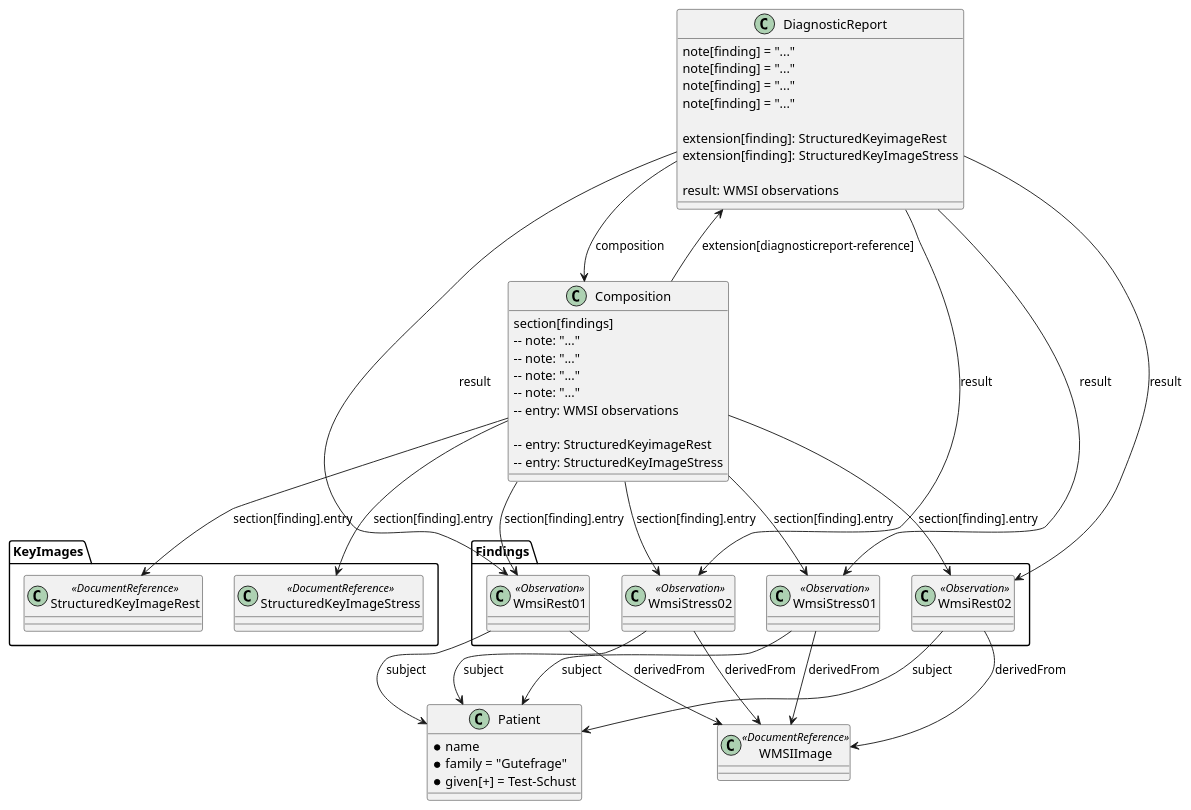
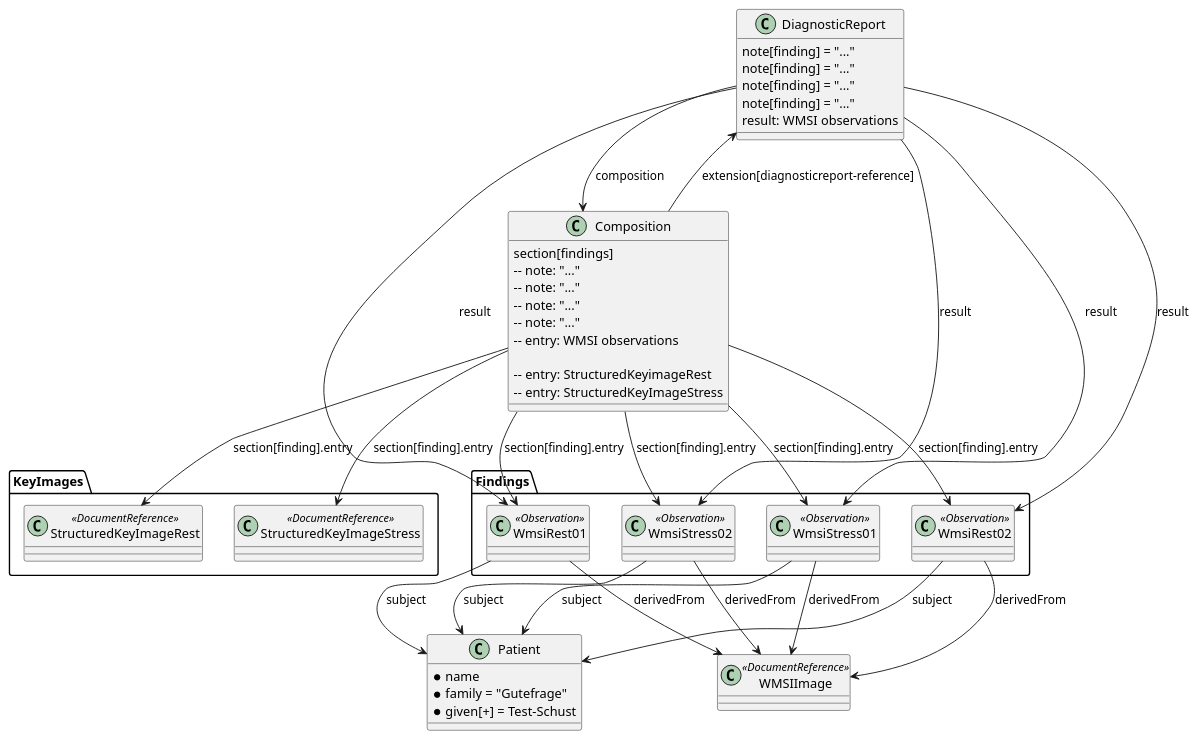
One commit to hl7-eu/imaging-r5 changed the diagram in input/images-source/example-structured-findings.plantuml. Above: the diagram before and after it, drawn with PlantUML. The commit also changed 19 other files, not shown here.

First line of the commit message:
FHIR-59225: Remove DiagnosticReport finding extension

```diff
--- a/input/images-source/example-structured-findings.plantuml
+++ b/input/images-source/example-structured-findings.plantuml
@@ -1,77 +1,73 @@
 @startuml
 
     package Findings {
         class WmsiRest01 <<Observation>> [[./Observation-RestWmsi01.html]]
         class WmsiRest02 <<Observation>> [[./Observation-RestWmsi02.html]]
         class WmsiStress01 <<Observation>> [[./Observation-StressWmsi01.html]]
         class WmsiStress02 <<Observation>> [[./Observation-StressWmsi02.html]]
     }
     package KeyImages {
 
         class StructuredKeyImageRest <<DocumentReference>> [[./DocumentReference-StructuredKeyImageRest.html]]
         class StructuredKeyImageStress <<DocumentReference>> [[./DocumentReference-StructuredKeyImageStress.html]]
 
     }
  
     WmsiRest01 --> Patient: subject
     WmsiRest01 --> WMSIImage: derivedFrom
     WmsiStress01 --> Patient: subject
     WmsiStress01 --> WMSIImage: derivedFrom
     WmsiRest02 --> Patient: subject
     WmsiRest02 --> WMSIImage: derivedFrom
     WmsiStress02 --> Patient: subject
     WmsiStress02 --> WMSIImage: derivedFrom
 
 
     class WMSIImage <<DocumentReference>>
 
 
     DiagnosticReport --> Composition: composition
     DiagnosticReport --> WmsiRest01: result
     DiagnosticReport --> WmsiRest02: result
     DiagnosticReport --> WmsiStress01: result
     DiagnosticReport --> WmsiStress02: result
 
     Composition --> DiagnosticReport: extension[diagnosticreport-reference]
     Composition --> WmsiRest01: section[finding].entry
     Composition --> WmsiRest02: section[finding].entry
     Composition --> WmsiStress01: section[finding].entry
     Composition --> WmsiStress02: section[finding].entry
 
     Composition --> StructuredKeyImageStress: section[finding].entry
     Composition --> StructuredKeyImageRest: section[finding].entry
 
 
     class Patient{
         * name 
           * family = "Gutefrage"
           * given[+] = Test-Schust
     }
 
     class Composition [[./Composition-CompositionStructured.html]] {
         section[findings]
         -- note: "..."
         -- note: "..."
         -- note: "..."
         -- note: "..."
         -- entry: WMSI observations
     
         -- entry: StructuredKeyimageRest
         -- entry: StructuredKeyImageStress
     
     }
 
     class DiagnosticReport [[./DiagnosticReport-DiagnosticReportStructured.html]] {
         note[finding] = "..."
         note[finding] = "..."
         note[finding] = "..."
         note[finding] = "..."
-    
-        extension[finding]: StructuredKeyimageRest
-        extension[finding]: StructuredKeyImageStress
-    
         result: WMSI observations
     }
 
     
 @enduml
```
